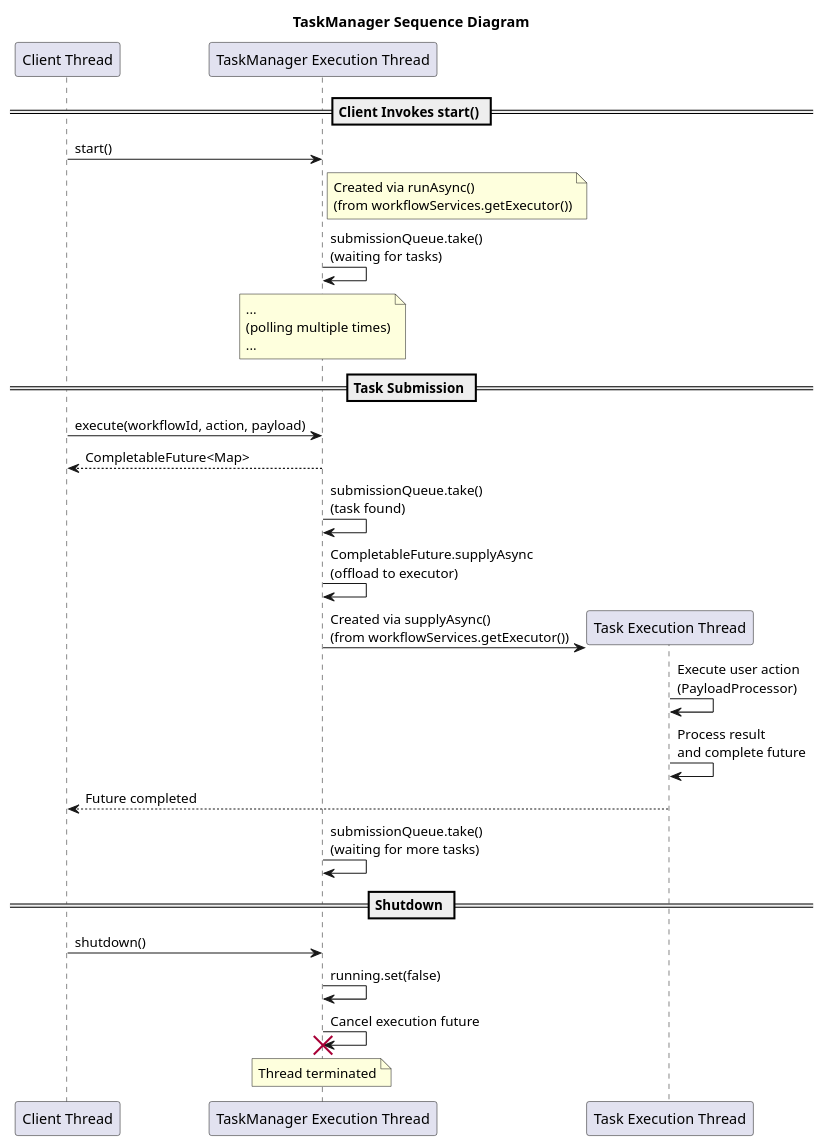
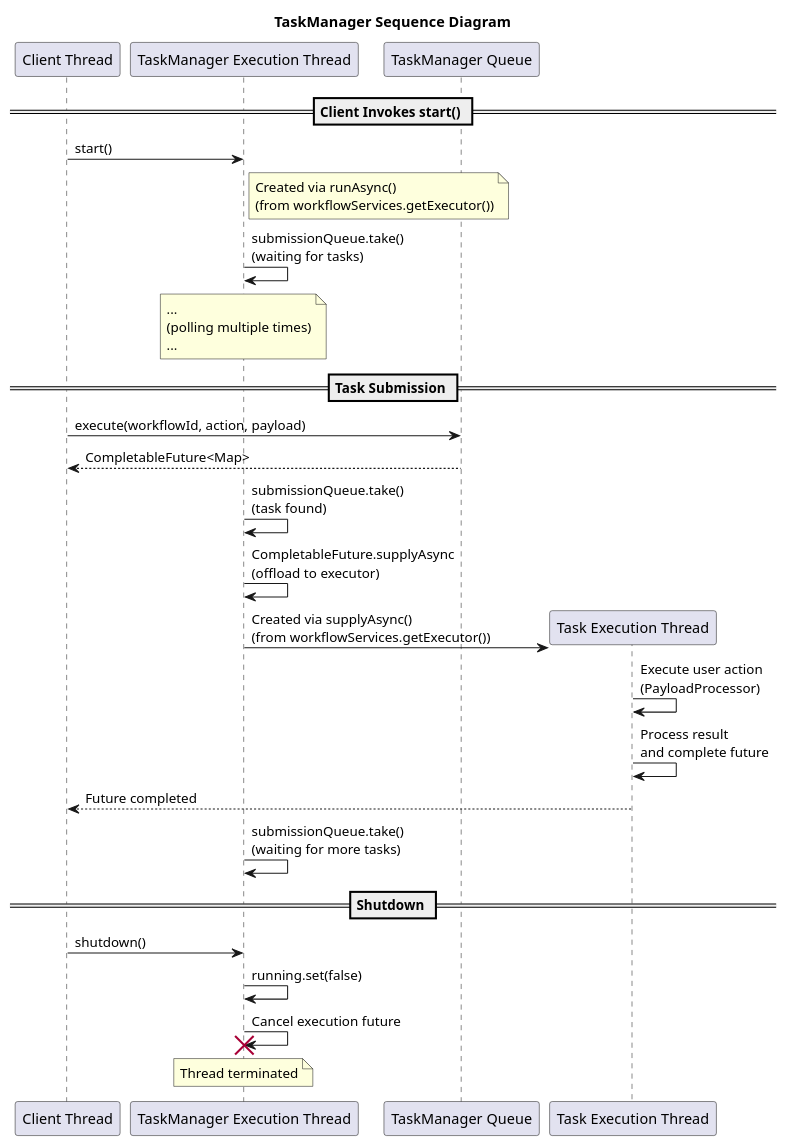
One commit to AxonIQ/axoniq-framework changed the diagram in workflow/docs/TaskManager_Sequence_Diagram.puml. Above: the diagram before and after it, drawn with PlantUML. The commit also changed 2 other files, not shown here.

Commit message:
minor changes on task manager, update the docs

```diff
--- a/workflow/docs/TaskManager_Sequence_Diagram.puml
+++ b/workflow/docs/TaskManager_Sequence_Diagram.puml
@@ -2,40 +2,41 @@
 @startuml
 title TaskManager Sequence Diagram
 
 participant "Client Thread" as Client
 participant "TaskManager Execution Thread" as TaskManager
+participant "TaskManager Queue" as Queue
 participant "Task Execution Thread" as TaskExecution
 
 == Client Invokes start() ==
 
 Client -> TaskManager: start()
 note right of TaskManager: Created via runAsync()\n(from workflowServices.getExecutor())
 TaskManager -> TaskManager: submissionQueue.take()\n(waiting for tasks)
 
 note over TaskManager: ...\n(polling multiple times)\n...
 
 == Task Submission ==
 
-Client -> TaskManager: execute(workflowId, action, payload)
-TaskManager --> Client: CompletableFuture<Map>
+Client -> Queue: execute(workflowId, action, payload)
+Queue --> Client: CompletableFuture<Map>
 
 TaskManager -> TaskManager: submissionQueue.take()\n(task found)
 TaskManager -> TaskManager: CompletableFuture.supplyAsync\n(offload to executor)
 
 create TaskExecution
 TaskManager -> TaskExecution: Created via supplyAsync()\n(from workflowServices.getExecutor())
 TaskExecution -> TaskExecution: Execute user action\n(PayloadProcessor)
 TaskExecution -> TaskExecution: Process result\nand complete future
 
 TaskExecution --> Client: Future completed
 TaskManager -> TaskManager: submissionQueue.take()\n(waiting for more tasks)
 
 == Shutdown ==
 
 Client -> TaskManager: shutdown()
 TaskManager -> TaskManager: running.set(false)
 TaskManager -> TaskManager: Cancel execution future
 destroy TaskManager
 note over TaskManager: Thread terminated
 
 @enduml
```
